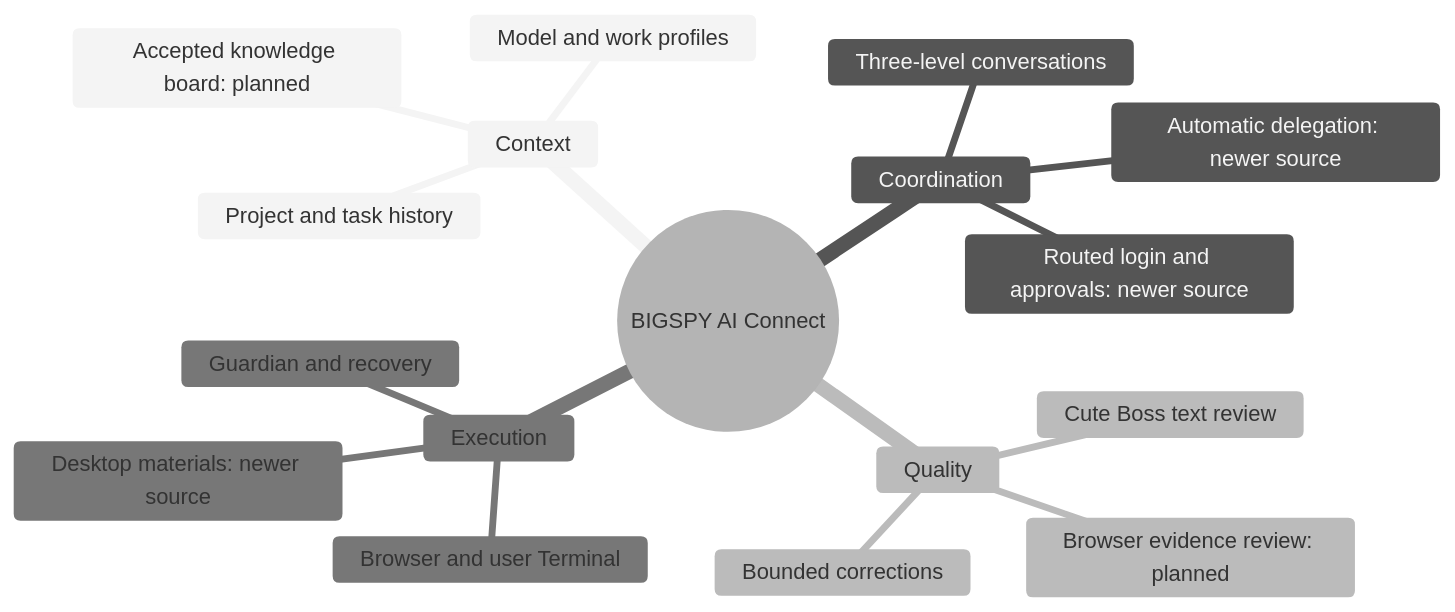
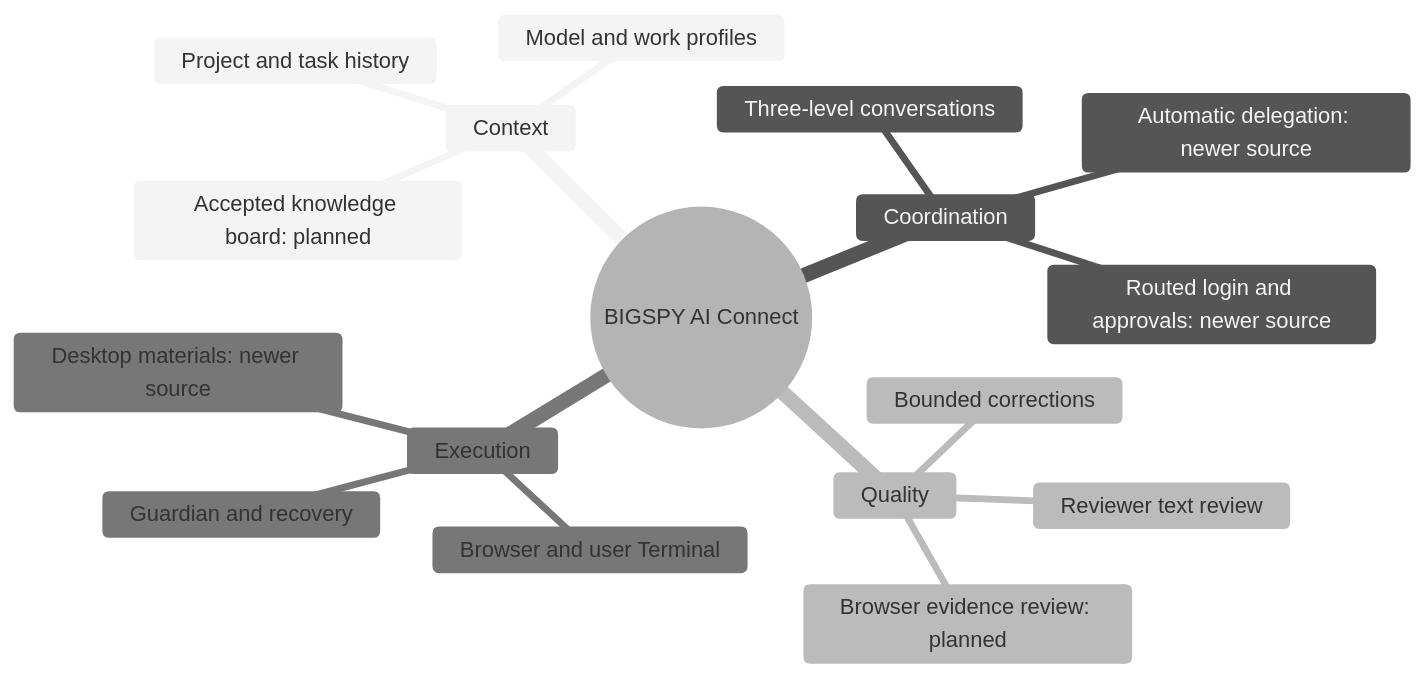
Before and after one commit to bentarofficial/bigspy-ai-connect-release: the second of 2 diagrams in README.md, drawn with Mermaid (neutral theme). The commit also changed other lines of this file, not shown here.

First line of the commit message:
docs: introduce Big Boss, Coordinator and Reviewer

```diff
--- a/README.md
+++ b/README.md
@@ -162,20 +157,20 @@
 ~~~mermaid
 mindmap
   root((BIGSPY AI Connect))
     Context
       Project and task history
       Model and work profiles
       Accepted knowledge board: planned
     Coordination
       Three-level conversations
       Automatic delegation: newer source
       Routed login and approvals: newer source
     Quality
-      Cute Boss text review
+      Reviewer text review
       Bounded corrections
       Browser evidence review: planned
     Execution
       Browser and user Terminal
       Desktop materials: newer source
       Guardian and recovery
 ~~~
```
